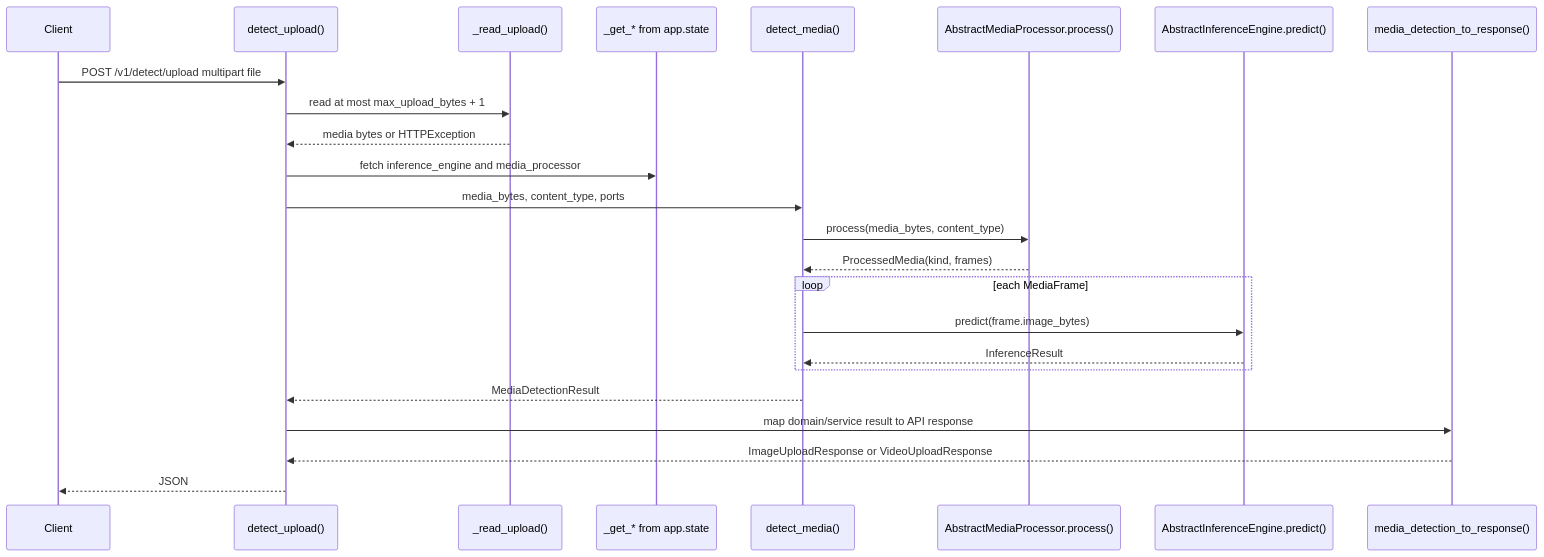
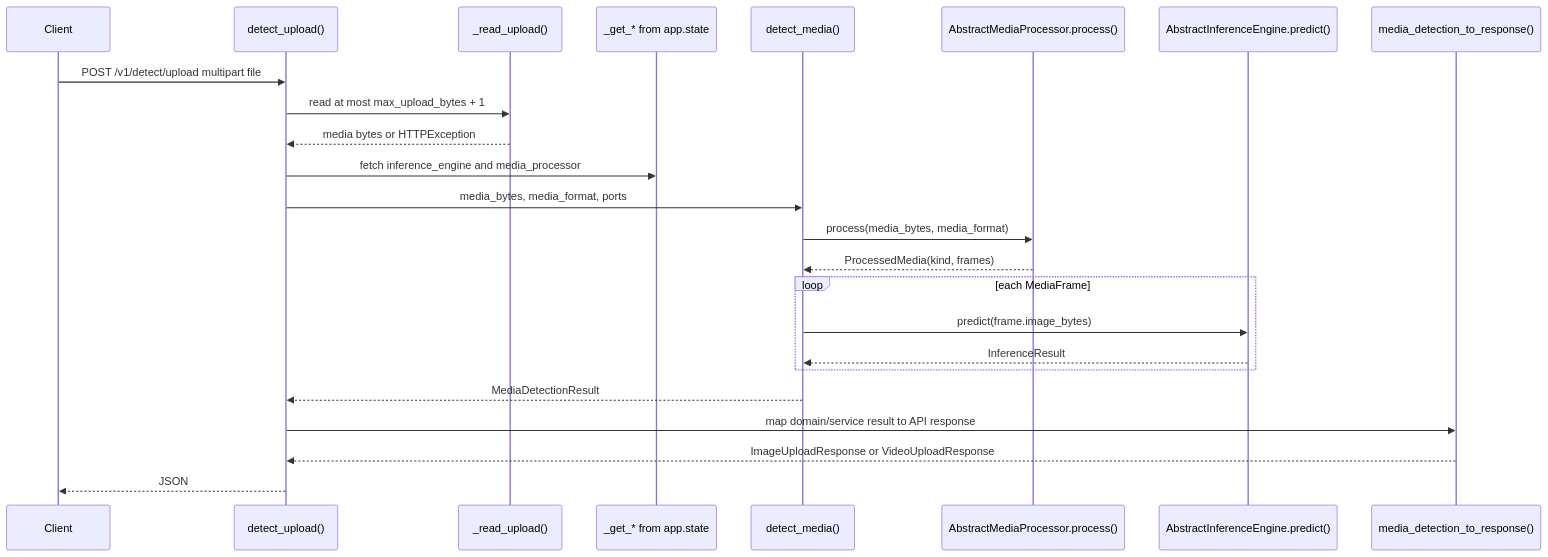
One commit to Sungchunn/yolov8n-ports-adapters changed the third of 10 diagrams in docs/ports-and-adapters-trace.md. Above: the diagram before and after it, drawn with Mermaid. The commit also changed other lines of this file and 3 other files, not shown here.

````diff
--- a/docs/ports-and-adapters-trace.md
+++ b/docs/ports-and-adapters-trace.md
@@ -87,27 +87,27 @@
 ```mermaid
 sequenceDiagram
     participant Client
     participant Route as detect_upload()
     participant Read as _read_upload()
     participant State as _get_* from app.state
     participant Service as detect_media()
     participant MediaPort as AbstractMediaProcessor.process()
     participant InferencePort as AbstractInferenceEngine.predict()
     participant DTO as media_detection_to_response()
 
     Client->>Route: POST /v1/detect/upload multipart file
     Route->>Read: read at most max_upload_bytes + 1
     Read-->>Route: media bytes or HTTPException
     Route->>State: fetch inference_engine and media_processor
-    Route->>Service: media_bytes, content_type, ports
-    Service->>MediaPort: process(media_bytes, content_type)
+    Route->>Service: media_bytes, media_format, ports
+    Service->>MediaPort: process(media_bytes, media_format)
     MediaPort-->>Service: ProcessedMedia(kind, frames)
     loop each MediaFrame
         Service->>InferencePort: predict(frame.image_bytes)
         InferencePort-->>Service: InferenceResult
     end
     Service-->>Route: MediaDetectionResult
     Route->>DTO: map domain/service result to API response
     DTO-->>Route: ImageUploadResponse or VideoUploadResponse
     Route-->>Client: JSON
 ```
````
